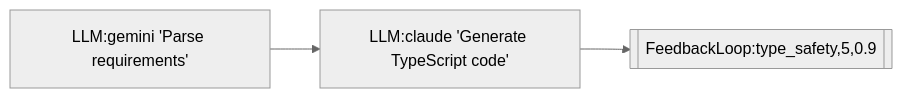
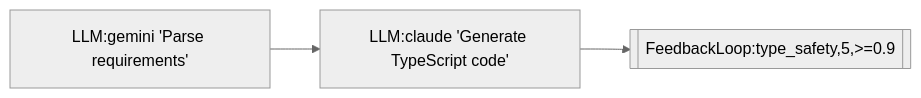
Before and after one commit to jeong-sik/llm-mcp: the eighth of 15 diagrams in CLAUDE.md, drawn with Mermaid (neutral theme). The commit also changed other lines of this file and 4 other files, not shown here.

````diff
--- a/CLAUDE.md
+++ b/CLAUDE.md
@@ -293,7 +299,7 @@
 ```mermaid
 graph LR
     spec["LLM:gemini 'Parse requirements'"]
     gen["LLM:claude 'Generate TypeScript code'"]
-    loop[["FeedbackLoop:type_safety,5,0.9"]]
+    loop[["FeedbackLoop:type_safety,5,>=0.9"]]
     spec --> gen --> loop
 ```
````
